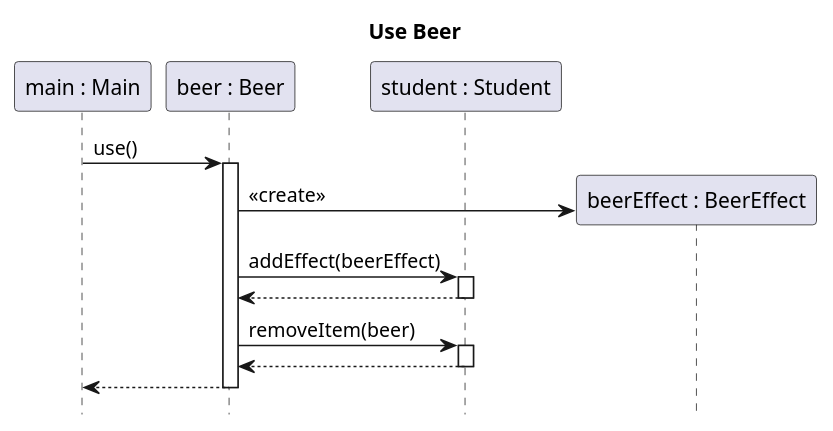
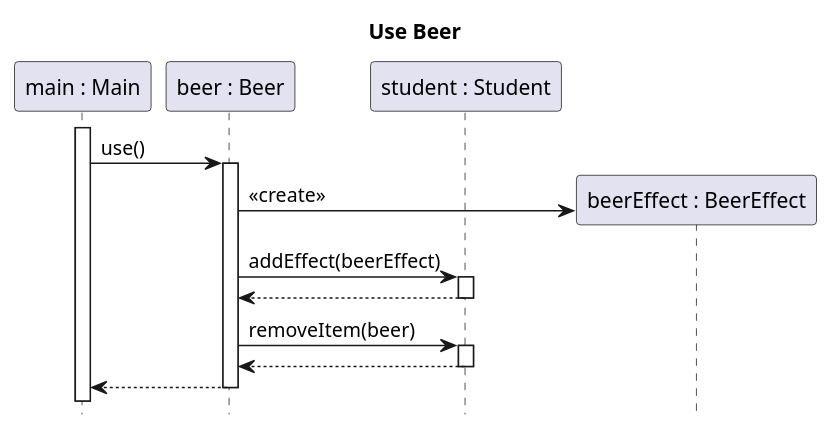
The diagram in docs/diagrams/test-sequence/student-use-beer.puml (sn4k3ch4rm3r/logarlec), drawn with PlantUML before and after one commit. The commit also changed 11 other files, not shown here.

Commit message:
Fixed mistakes in test sequences

```diff
--- a/docs/diagrams/test-sequence/student-use-beer.puml
+++ b/docs/diagrams/test-sequence/student-use-beer.puml
@@ -1,18 +1,19 @@
-@startuml student-beer-use
+@startuml student-use-beer
 title Use Beer
 hide footbox
 
 participant "main : Main" as main
 participant "beer : Beer" as beer
 participant "student : Student" as person
 
+main++
 main-> beer ++: use()
 	create "beerEffect : BeerEffect" as beerEffect
 	beer -> beerEffect : <<create>>
 	beer -> person ++: addEffect(beerEffect)
 	return
 	beer -> person ++ : removeItem(beer)
 	return
 return
 
 @enduml
```
